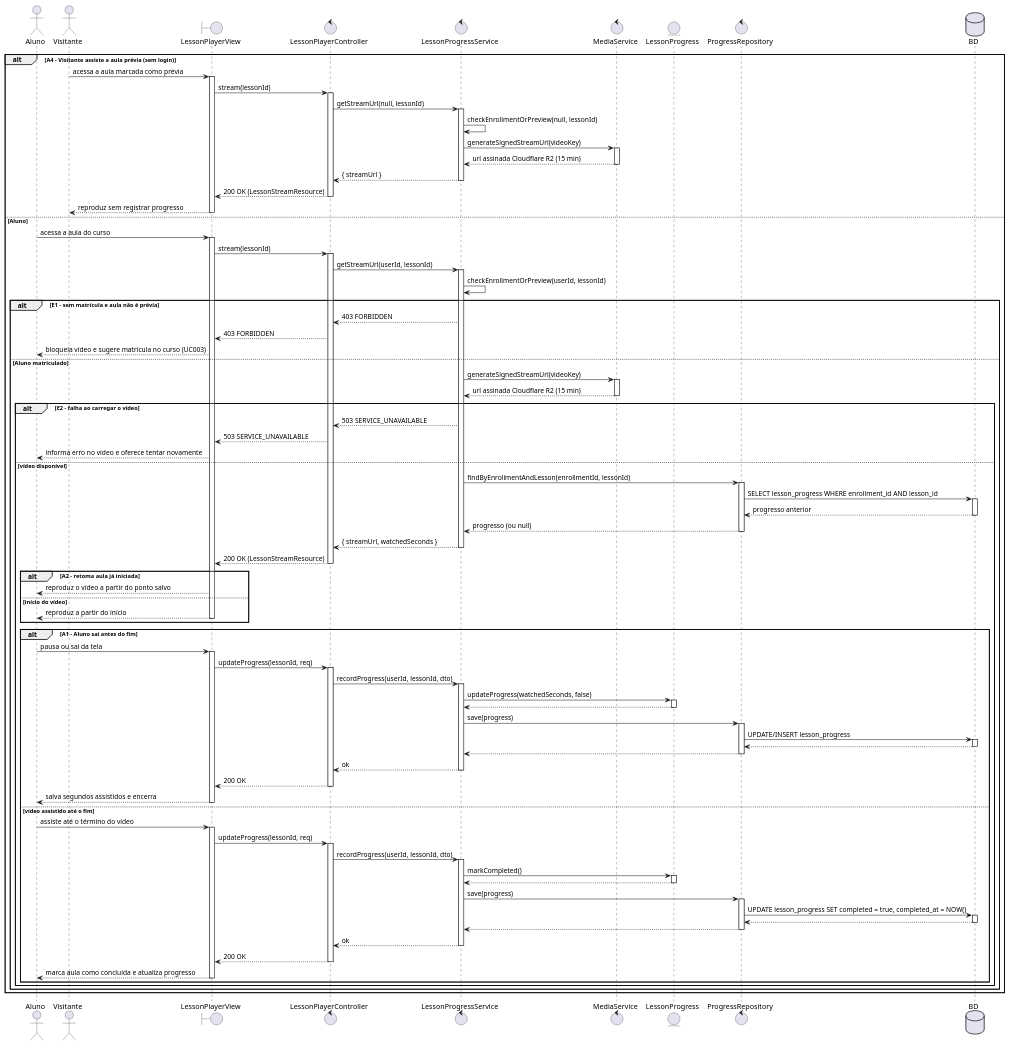
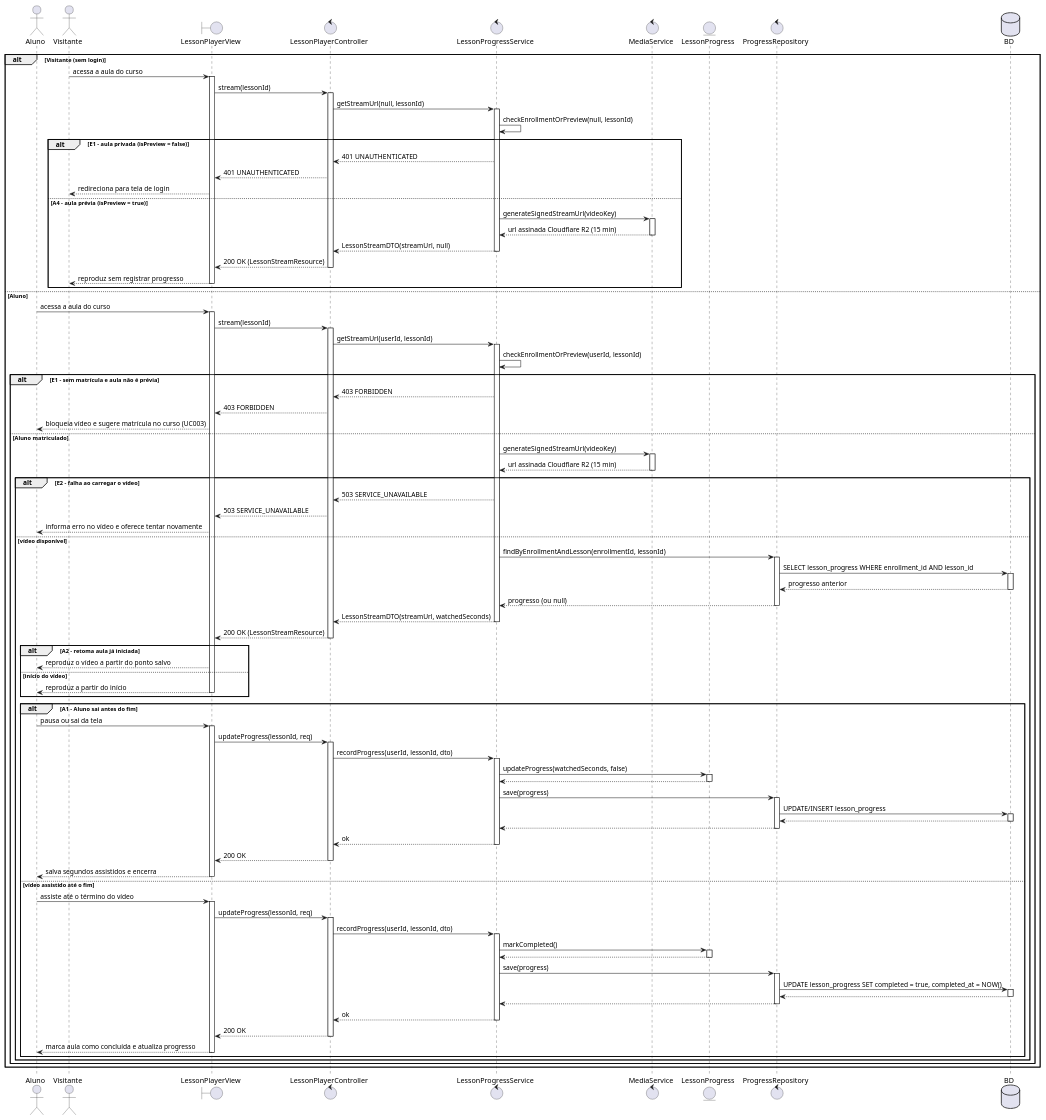
The diagram in scripts/drawio-seqgen/exemplos/14-sequencia-uc009.puml (Plataforma-de-Cursos-TCC/plataforma-cursos-docs), drawn with PlantUML before and after one commit. The commit also changed 30 other files, not shown here.

First line of the commit message:
fix(area-c): snapshot quiz answers and align UC, sequences and classes

```diff
--- a/scripts/drawio-seqgen/exemplos/14-sequencia-uc009.puml
+++ b/scripts/drawio-seqgen/exemplos/14-sequencia-uc009.puml
@@ -3,79 +3,85 @@
 @startuml 14-sequencia-uc009
 actor Aluno
 actor Visitante
 boundary LessonPlayerView
 control LessonPlayerController
 control LessonProgressService
 control MediaService
 entity LessonProgress
 control ProgressRepository
 database BD
-alt A4 - Visitante assiste a aula prévia (sem login)
-Visitante -> LessonPlayerView ++ : acessa a aula marcada como prévia
+alt Visitante (sem login)
+Visitante -> LessonPlayerView ++ : acessa a aula do curso
 LessonPlayerView -> LessonPlayerController ++ : stream(lessonId)
 LessonPlayerController -> LessonProgressService ++ : getStreamUrl(null, lessonId)
 LessonProgressService -> LessonProgressService : checkEnrollmentOrPreview(null, lessonId)
+alt E1 - aula privada (isPreview = false)
+LessonProgressService --> LessonPlayerController : 401 UNAUTHENTICATED
+LessonPlayerController --> LessonPlayerView : 401 UNAUTHENTICATED
+LessonPlayerView --> Visitante : redireciona para tela de login
+else A4 - aula prévia (isPreview = true)
 LessonProgressService -> MediaService ++ : generateSignedStreamUrl(videoKey)
 MediaService --> LessonProgressService -- : url assinada Cloudflare R2 (15 min)
-LessonProgressService --> LessonPlayerController -- : { streamUrl }
+LessonProgressService --> LessonPlayerController -- : LessonStreamDTO(streamUrl, null)
 LessonPlayerController --> LessonPlayerView -- : 200 OK (LessonStreamResource)
 LessonPlayerView --> Visitante -- : reproduz sem registrar progresso
+end
 else Aluno
 Aluno -> LessonPlayerView ++ : acessa a aula do curso
 LessonPlayerView -> LessonPlayerController ++ : stream(lessonId)
 LessonPlayerController -> LessonProgressService ++ : getStreamUrl(userId, lessonId)
 LessonProgressService -> LessonProgressService : checkEnrollmentOrPreview(userId, lessonId)
 alt E1 - sem matrícula e aula não é prévia
 LessonProgressService --> LessonPlayerController : 403 FORBIDDEN
 LessonPlayerController --> LessonPlayerView : 403 FORBIDDEN
 LessonPlayerView --> Aluno : bloqueia vídeo e sugere matrícula no curso (UC003)
 else Aluno matriculado
 LessonProgressService -> MediaService ++ : generateSignedStreamUrl(videoKey)
 MediaService --> LessonProgressService -- : url assinada Cloudflare R2 (15 min)
 alt E2 - falha ao carregar o vídeo
 LessonProgressService --> LessonPlayerController : 503 SERVICE_UNAVAILABLE
 LessonPlayerController --> LessonPlayerView : 503 SERVICE_UNAVAILABLE
 LessonPlayerView --> Aluno : informa erro no vídeo e oferece tentar novamente
 else vídeo disponível
 LessonProgressService -> ProgressRepository ++ : findByEnrollmentAndLesson(enrollmentId, lessonId)
 ProgressRepository -> BD ++ : SELECT lesson_progress WHERE enrollment_id AND lesson_id
 BD --> ProgressRepository -- : progresso anterior
 ProgressRepository --> LessonProgressService -- : progresso (ou null)
-LessonProgressService --> LessonPlayerController -- : { streamUrl, watchedSeconds }
+LessonProgressService --> LessonPlayerController -- : LessonStreamDTO(streamUrl, watchedSeconds)
 LessonPlayerController --> LessonPlayerView -- : 200 OK (LessonStreamResource)
 alt A2 - retoma aula já iniciada
 LessonPlayerView --> Aluno : reproduz o vídeo a partir do ponto salvo
 else início do vídeo
 LessonPlayerView --> Aluno -- : reproduz a partir do início
 end
 alt A1 - Aluno sai antes do fim
 Aluno -> LessonPlayerView ++ : pausa ou sai da tela
 LessonPlayerView -> LessonPlayerController ++ : updateProgress(lessonId, req)
 LessonPlayerController -> LessonProgressService ++ : recordProgress(userId, lessonId, dto)
 LessonProgressService -> LessonProgress ++ : updateProgress(watchedSeconds, false)
 LessonProgress --> LessonProgressService --
 LessonProgressService -> ProgressRepository ++ : save(progress)
 ProgressRepository -> BD ++ : UPDATE/INSERT lesson_progress
 BD --> ProgressRepository --
 ProgressRepository --> LessonProgressService --
 LessonProgressService --> LessonPlayerController -- : ok
 LessonPlayerController --> LessonPlayerView -- : 200 OK
 LessonPlayerView --> Aluno -- : salva segundos assistidos e encerra
 else vídeo assistido até o fim
 Aluno -> LessonPlayerView ++ : assiste até o término do vídeo
 LessonPlayerView -> LessonPlayerController ++ : updateProgress(lessonId, req)
 LessonPlayerController -> LessonProgressService ++ : recordProgress(userId, lessonId, dto)
 LessonProgressService -> LessonProgress ++ : markCompleted()
 LessonProgress --> LessonProgressService --
 LessonProgressService -> ProgressRepository ++ : save(progress)
 ProgressRepository -> BD ++ : UPDATE lesson_progress SET completed = true, completed_at = NOW()
 BD --> ProgressRepository --
 ProgressRepository --> LessonProgressService --
 LessonProgressService --> LessonPlayerController -- : ok
 LessonPlayerController --> LessonPlayerView -- : 200 OK
 LessonPlayerView --> Aluno -- : marca aula como concluída e atualiza progresso
 end
 end
 end
 end
 @enduml
```
